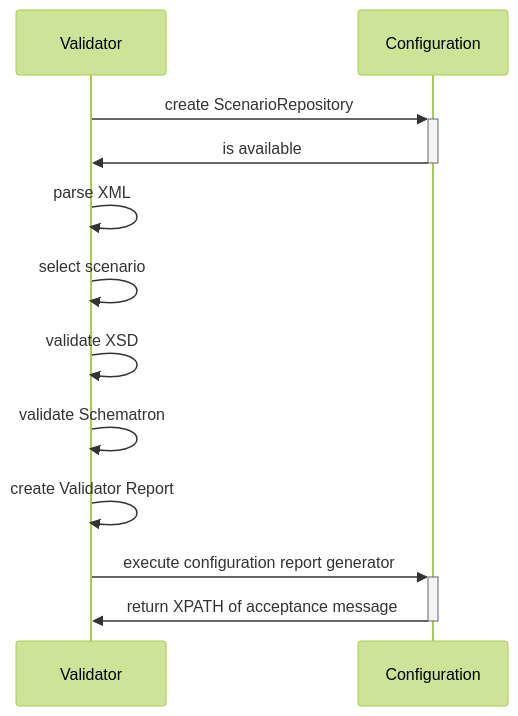
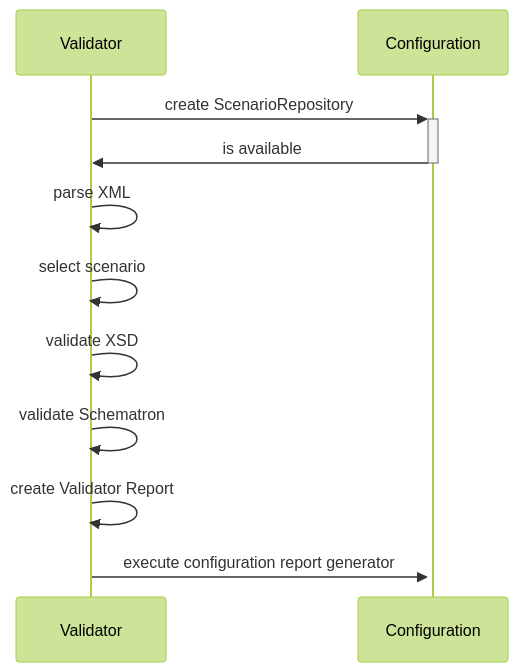
Before and after one commit to itplr-kosit/validator: the diagram in docs/architecture.md, drawn with Mermaid (forest theme). The commit also changed other lines of this file, not shown here.

Commit message:
Better match of diagram wording with description

````diff
--- a/docs/architecture.md
+++ b/docs/architecture.md
@@ -20,16 +20,15 @@
 ```mermaid
 
 sequenceDiagram
   participant e as Validator
   participant c as Configuration
   e->>+c: create ScenarioRepository
   c->>-e: is available
   e->>e: parse XML
   e->>e: select scenario
   e->>e: validate XSD
   e->>e: validate Schematron
   e->>e: create Validator Report
   e->>+c: execute configuration report generator
-  c->>-e: return XPATH of acceptance message
-  
+
 ```
````
